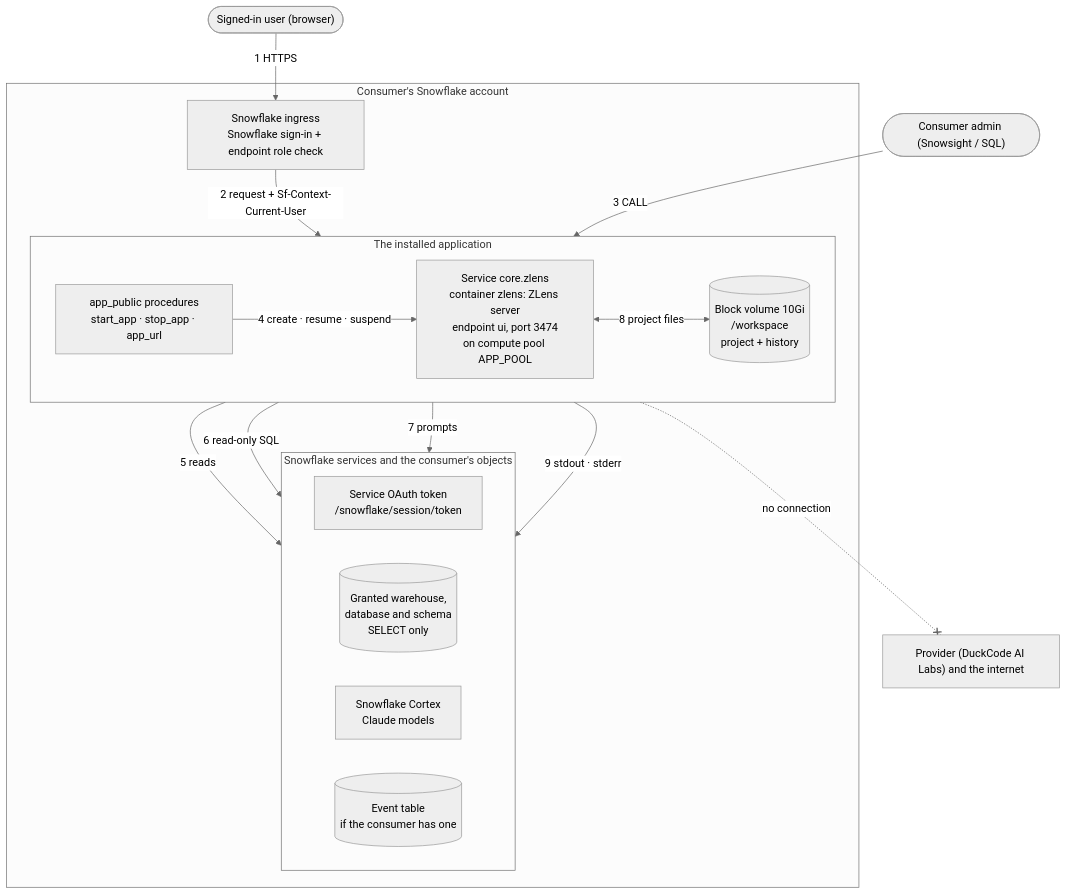
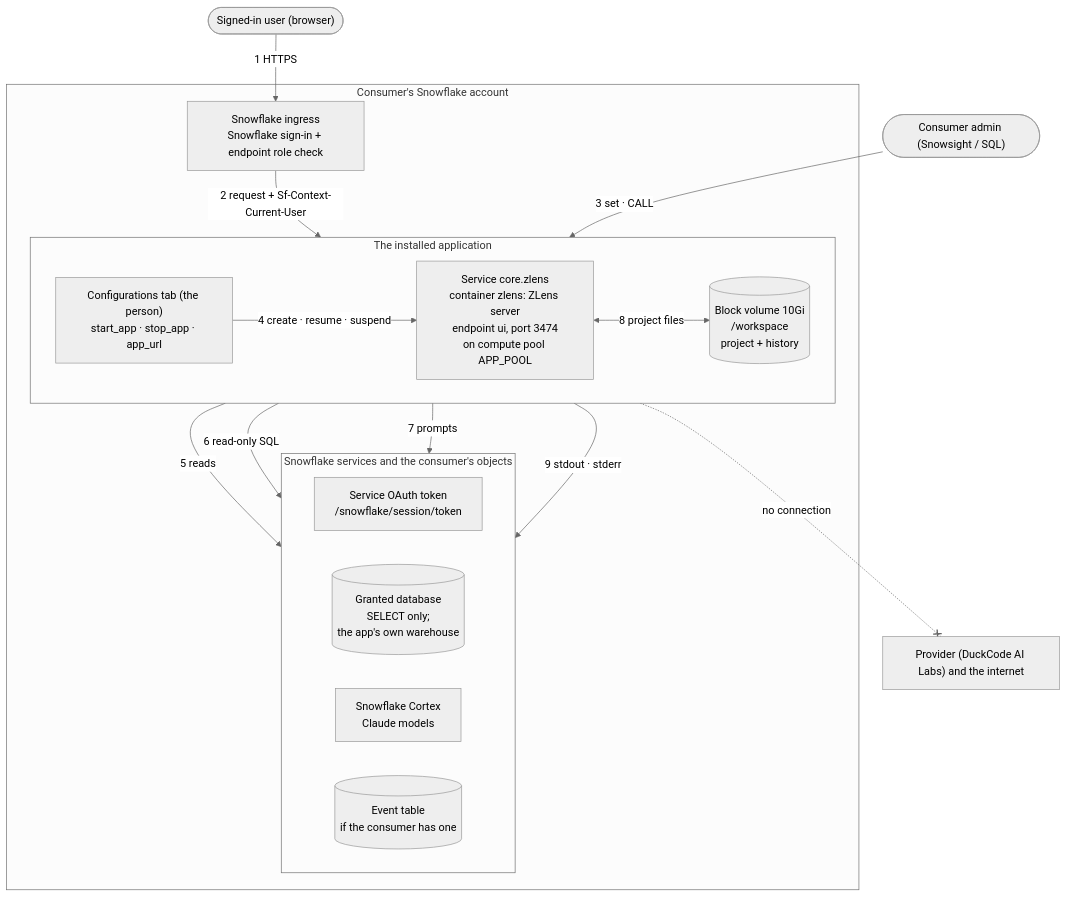
One commit to duckcode-ai-labs/zlens changed the diagram in deploy/snowflake-app/ARCHITECTURE.md. Above: the diagram before and after it, drawn with Mermaid (neutral theme). The commit also changed other lines of this file and 11 other files, not shown here.

````diff
--- a/deploy/snowflake-app/ARCHITECTURE.md
+++ b/deploy/snowflake-app/ARCHITECTURE.md
@@ -9,35 +9,35 @@
 ```mermaid
 flowchart TB
   person(["Signed-in user (browser)"])
   admin(["Consumer admin (Snowsight / SQL)"])
 
   subgraph consumer["Consumer's Snowflake account"]
     ingress["Snowflake ingress<br/>Snowflake sign-in + endpoint role check"]
     subgraph app["The installed application"]
       direction LR
-      procs["app_public procedures<br/>start_app · stop_app · app_url"]
+      procs["Configurations tab (the person)<br/>start_app · stop_app · app_url"]
       zlens["Service core.zlens<br/>container zlens: ZLens server<br/>endpoint ui, port 3474<br/>on compute pool APP_POOL"]
       volume[("Block volume 10Gi<br/>/workspace<br/>project + history")]
     end
     subgraph objects["Snowflake services and the consumer's objects"]
       direction LR
       token["Service OAuth token<br/>/snowflake/session/token"]
-      data[("Granted warehouse,<br/>database and schema<br/>SELECT only")]
+      data[("Granted database<br/>SELECT only;<br/>the app's own warehouse")]
       cortex["Snowflake Cortex<br/>Claude models"]
       events[("Event table<br/>if the consumer has one")]
     end
   end
 
   outside["Provider (DuckCode AI Labs) and the internet"]
 
   person -- "1 HTTPS" --> ingress
   ingress -- "2 request + Sf-Context-Current-User" --> zlens
-  admin -- "3 CALL" --> procs
+  admin -- "3 set · CALL" --> procs
   procs -- "4 create · resume · suspend" --> zlens
   zlens -- "5 reads" --> token
   zlens -- "6 read-only SQL" --> data
   zlens -- "7 prompts" --> cortex
   zlens <-- "8 project files" --> volume
   zlens -- "9 stdout · stderr" --> events
   zlens -. "no connection" .-x outside
 ```
````
